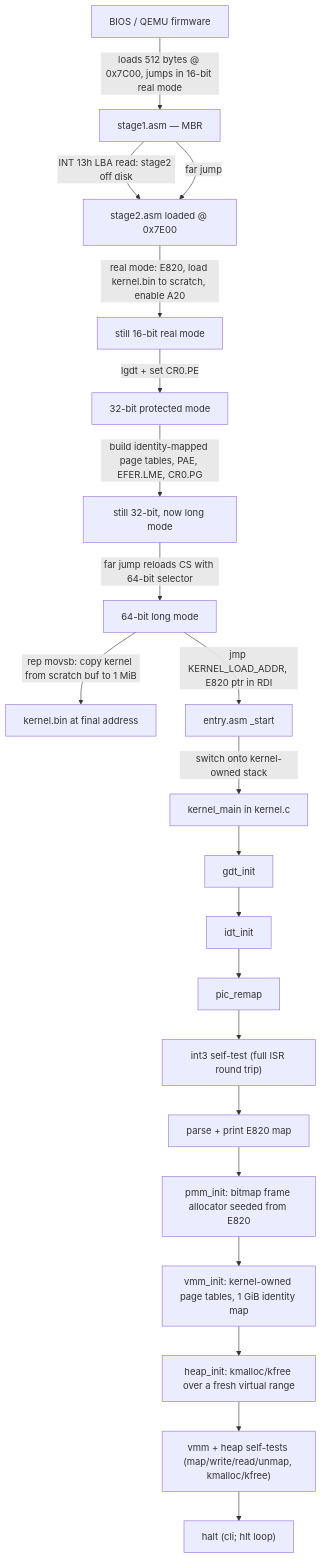
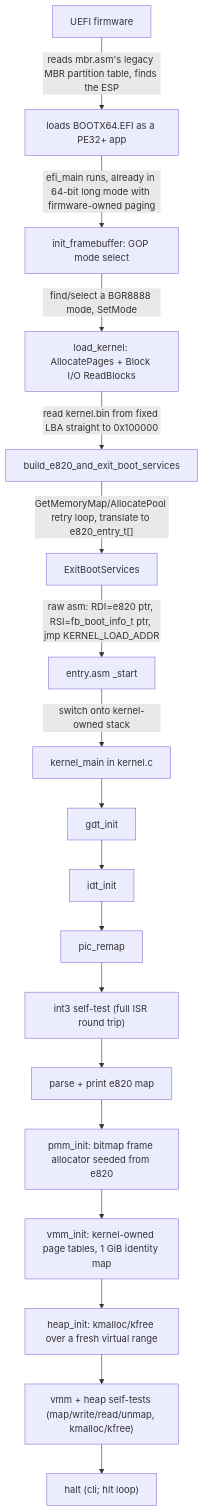
Before and after one commit to Jiajianou/lean_os: the first of 6 diagrams in docs/flow.md, drawn with Mermaid. The commit also changed other lines of this file and 28 other files, not shown here.

First line of the commit message:
feat: M26 - UEFI-only boot, legacy BIOS path removed

````diff
--- a/docs/flow.md
+++ b/docs/flow.md
@@ -22,23 +22,20 @@
 ```mermaid
 flowchart TD
-    A[BIOS / QEMU firmware] -->|loads 512 bytes @ 0x7C00, jumps in 16-bit real mode| B[stage1.asm — MBR]
-    B -->|INT 13h LBA read: stage2 off disk| C[stage2.asm loaded @ 0x7E00]
-    B -->|far jump| C
-    C -->|"real mode: E820, load kernel.bin to scratch, enable A20"| D[still 16-bit real mode]
-    D -->|lgdt + set CR0.PE| E[32-bit protected mode]
-    E -->|build identity-mapped page tables, PAE, EFER.LME, CR0.PG| F[still 32-bit, now long mode]
-    F -->|far jump reloads CS with 64-bit selector| G[64-bit long mode]
-    G -->|rep movsb: copy kernel from scratch buf to 1 MiB| H[kernel.bin at final address]
-    G -->|jmp KERNEL_LOAD_ADDR, E820 ptr in RDI| I[entry.asm _start]
-    I -->|switch onto kernel-owned stack| J[kernel_main in kernel.c]
-    J --> K[gdt_init]
-    K --> L[idt_init]
-    L --> M[pic_remap]
-    M --> N["int3 self-test (full ISR round trip)"]
-    N --> O[parse + print E820 map]
-    O --> P[pmm_init: bitmap frame allocator seeded from E820]
-    P --> Q[vmm_init: kernel-owned page tables, 1 GiB identity map]
-    Q --> R[heap_init: kmalloc/kfree over a fresh virtual range]
-    R --> S["vmm + heap self-tests (map/write/read/unmap, kmalloc/kfree)"]
-    S --> T["halt (cli; hlt loop)"]
+    A[UEFI firmware] -->|reads mbr.asm's legacy MBR partition table, finds the ESP| B[loads BOOTX64.EFI as a PE32+ app]
+    B -->|efi_main runs, already in 64-bit long mode with firmware-owned paging| C[init_framebuffer: GOP mode select]
+    C -->|find/select a BGR8888 mode, SetMode| D[load_kernel: AllocatePages + Block I/O ReadBlocks]
+    D -->|read kernel.bin from fixed LBA straight to 0x100000| E[build_e820_and_exit_boot_services]
+    E -->|"GetMemoryMap/AllocatePool retry loop, translate to e820_entry_t[]"| F[ExitBootServices]
+    F -->|"raw asm: RDI=e820 ptr, RSI=fb_boot_info_t ptr, jmp KERNEL_LOAD_ADDR"| G[entry.asm _start]
+    G -->|switch onto kernel-owned stack| H[kernel_main in kernel.c]
+    H --> I[gdt_init]
+    I --> J[idt_init]
+    J --> K[pic_remap]
+    K --> L["int3 self-test (full ISR round trip)"]
+    L --> M[parse + print e820 map]
+    M --> N[pmm_init: bitmap frame allocator seeded from e820]
+    N --> O[vmm_init: kernel-owned page tables, 1 GiB identity map]
+    O --> P[heap_init: kmalloc/kfree over a fresh virtual range]
+    P --> Q["vmm + heap self-tests (map/write/read/unmap, kmalloc/kfree)"]
+    Q --> R["halt (cli; hlt loop)"]
 ```
````
